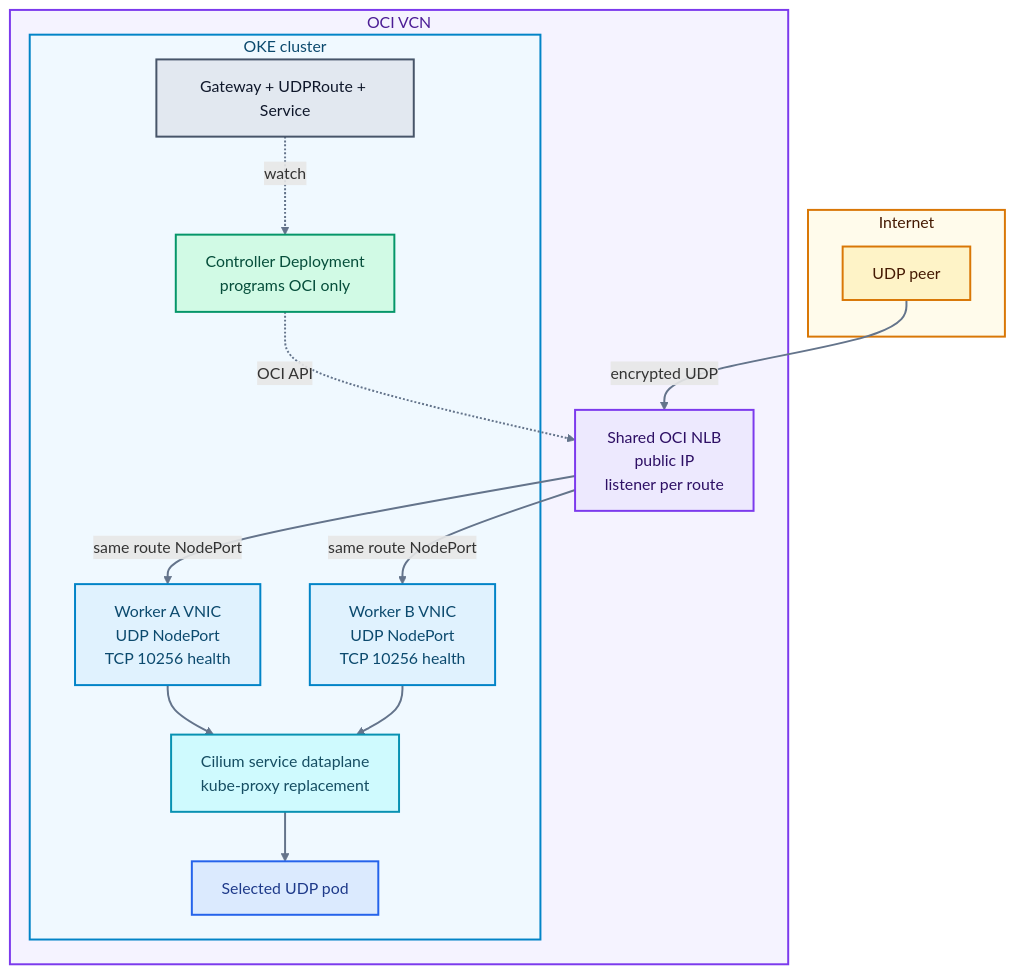
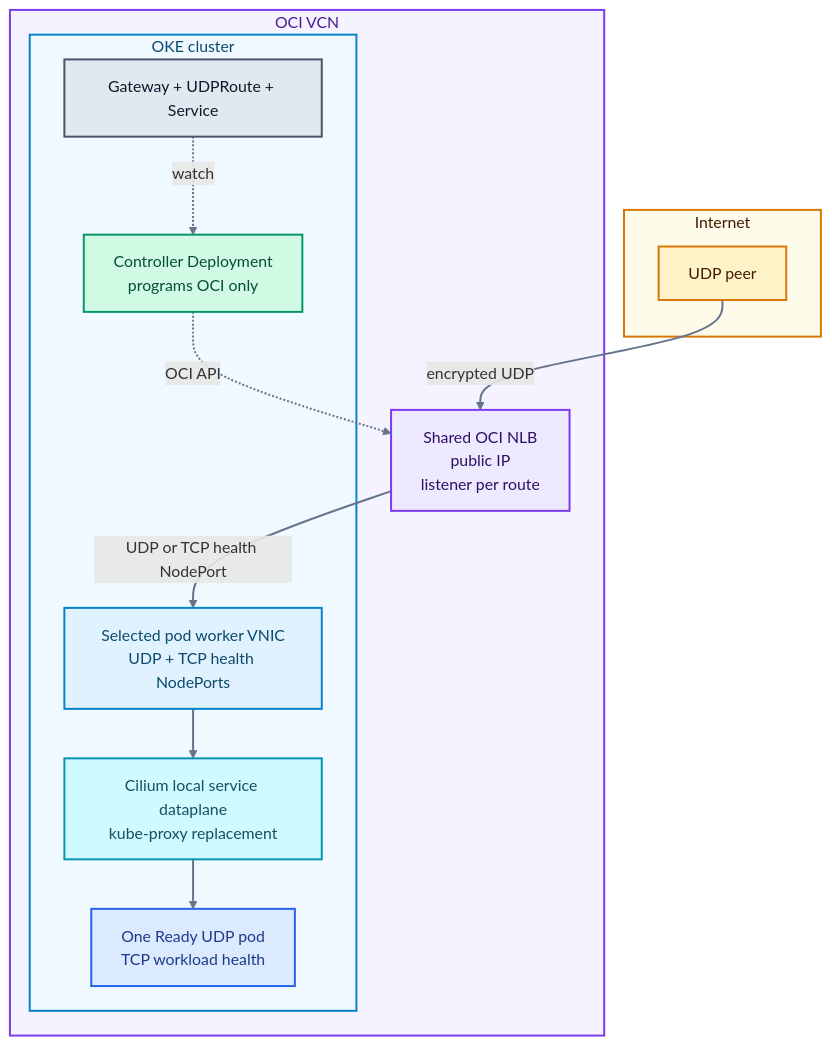
The diagram in docs/architecture.md (RyanHelferich/oci-shared-nlb-gateway-controller), drawn with Mermaid before and after one commit. The commit also changed other lines of this file and 39 other files, not shown here.

Commit message:
Add NodePortLocal mode and Helm pilot

````diff
--- a/docs/architecture.md
+++ b/docs/architecture.md
@@ -20,38 +20,35 @@
 ```mermaid
 flowchart TB
   subgraph internet[Internet]
     peer[UDP peer]:::external
   end
   subgraph oci[OCI VCN]
     nlb[Shared OCI NLB<br/>public IP<br/>listener per route]:::oci
     subgraph oke[OKE cluster]
       ctl[Controller Deployment<br/>programs OCI only]:::controller
-      workerA[Worker A VNIC<br/>UDP NodePort<br/>TCP 10256 health]:::oke
-      workerB[Worker B VNIC<br/>UDP NodePort<br/>TCP 10256 health]:::oke
-      cilium[Cilium service dataplane<br/>kube-proxy replacement]:::network
-      pod[Selected UDP pod]:::workload
+      worker[Selected pod worker VNIC<br/>UDP + TCP health NodePorts]:::oke
+      cilium[Cilium local service dataplane<br/>kube-proxy replacement]:::network
+      pod[One Ready UDP pod<br/>TCP workload health]:::workload
       api[Gateway + UDPRoute + Service]:::k8s
     end
   end
 
   peer -->|encrypted UDP| nlb
-  nlb -->|same route NodePort| workerA
-  nlb -->|same route NodePort| workerB
-  workerA --> cilium
-  workerB --> cilium
+  nlb -->|UDP or TCP health NodePort| worker
+  worker --> cilium
   cilium --> pod
   api -. watch .-> ctl
   ctl -. OCI API .-> nlb
 
   classDef external fill:#fef3c7,stroke:#d97706,color:#451a03,stroke-width:2px;
   classDef oci fill:#ede9fe,stroke:#7c3aed,color:#2e1065,stroke-width:2px;
   classDef oke fill:#e0f2fe,stroke:#0284c7,color:#0c4a6e,stroke-width:2px;
   classDef network fill:#cffafe,stroke:#0891b2,color:#164e63,stroke-width:2px;
   classDef workload fill:#dbeafe,stroke:#2563eb,color:#1e3a8a,stroke-width:2px;
   classDef k8s fill:#e2e8f0,stroke:#475569,color:#0f172a,stroke-width:2px;
   classDef controller fill:#d1fae5,stroke:#059669,color:#064e3b,stroke-width:2px;
   style internet fill:#fffbeb,stroke:#d97706,stroke-width:2px,color:#451a03
   style oci fill:#f5f3ff,stroke:#7c3aed,stroke-width:2px,color:#4c1d95
   style oke fill:#f0f9ff,stroke:#0284c7,stroke-width:2px,color:#0c4a6e
   linkStyle default stroke:#64748b,stroke-width:2px;
 ```
````
